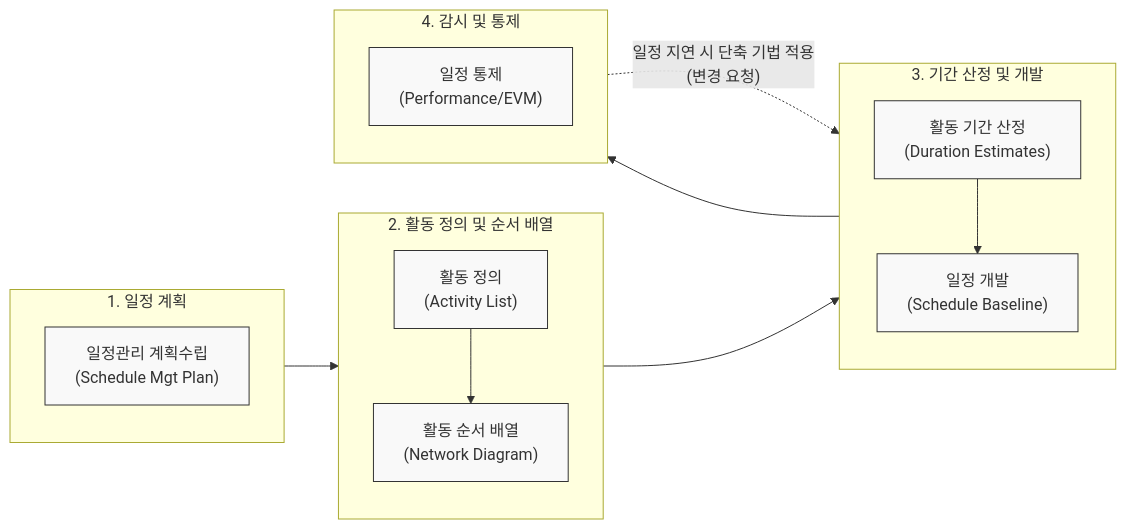
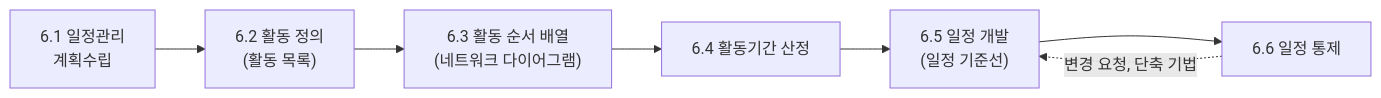
Before and after one commit to supremethumb/supremethumb.github.io: the diagram in content/01_IT Tech/프로젝트 일정관리.md, drawn with Mermaid. The commit also changed other lines of this file and 1087 other files, not shown here.

````diff
--- a/content/01_IT Tech/프로젝트 일정관리.md
+++ b/content/01_IT Tech/프로젝트 일정관리.md
@@ -28,33 +35,9 @@
 ```mermaid
 flowchart LR
-    subgraph "1. 일정 계획"
-        direction TB
-        Plan["일정관리 계획수립<br/>(Schedule Mgt Plan)"]
-    end
-    
-    subgraph "2. 활동 정의 및 순서 배열"
-        direction TB
-        Def["활동 정의<br/>(Activity List)"] --> Seq["활동 순서 배열<br/>(Network Diagram)"]
-    end
-
-    subgraph "3. 기간 산정 및 개발"
-        direction TB
-        Est["활동 기간 산정<br/>(Duration Estimates)"] --> Dev["일정 개발<br/>(Schedule Baseline)"]
-    end
-
-    subgraph "4. 감시 및 통제"
-        direction TB
-        Ctrl["일정 통제<br/>(Performance/EVM)"]
-    end
-    
-    Plan --> Def
-    Seq --> Est
-    Dev --> Ctrl
-    
-    Ctrl -. "일정 지연 시 단축 기법 적용<br/>(변경 요청)" .-> Dev
-    
-    %% 스타일링
-    classDef process fill:#f9f9f9,stroke:#333,stroke-width:1px;
-    class Plan,Def,Seq,Est,Dev,Ctrl process;
-
+    P1["6.1 일정관리<br/>계획수립"] --> P2["6.2 활동 정의<br/>(활동 목록)"]
+    P2 --> P3["6.3 활동 순서 배열<br/>(네트워크 다이어그램)"]
+    P3 --> P4["6.4 활동기간 산정"]
+    P4 --> P5["6.5 일정 개발<br/>(일정 기준선)"]
+    P5 --> P6["6.6 일정 통제"]
+    P6 -. "변경 요청, 단축 기법" .-> P5
 ```
````
